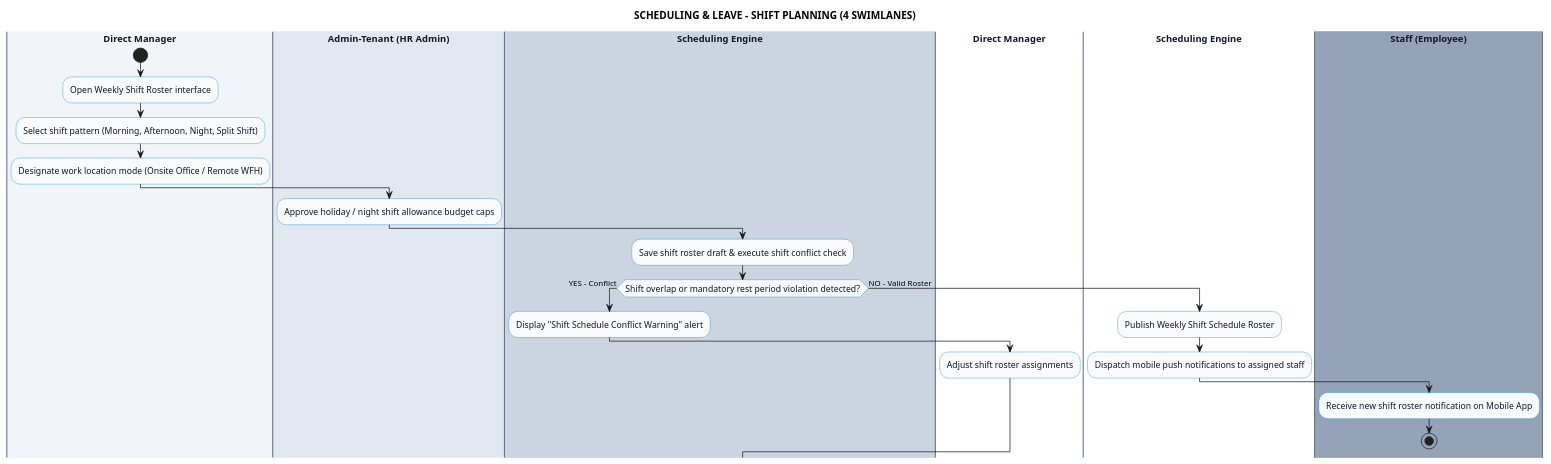
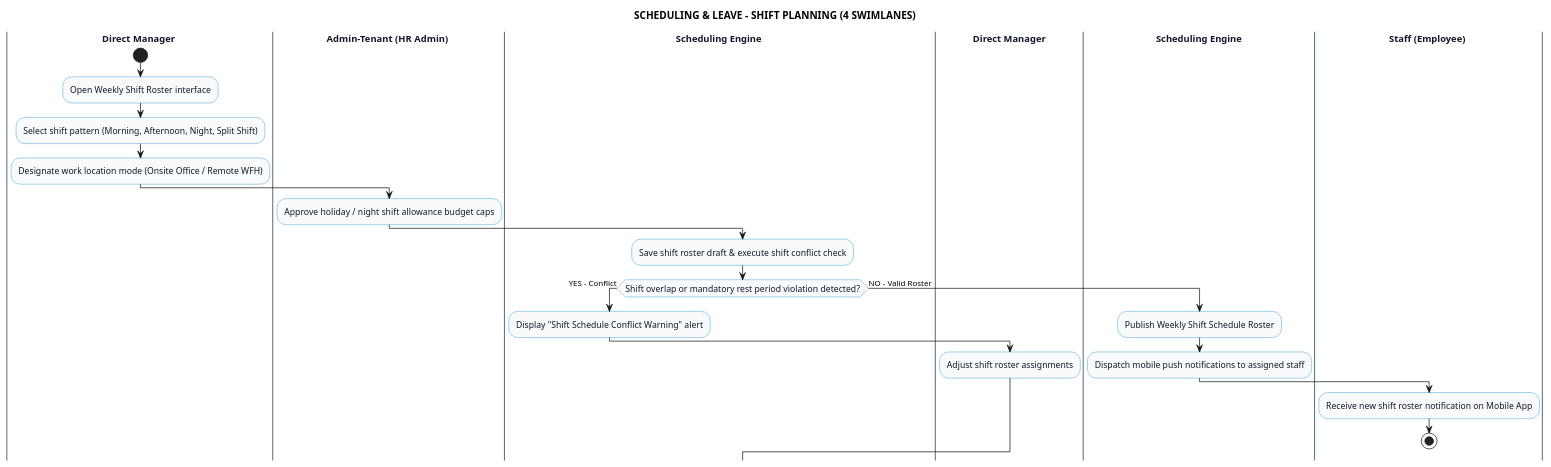
One commit to Dikhang1112/Monitoring_HR changed the diagram in docs/swimlane/scheduling_leave/ShiftPlanningDiagram.md. Above: the diagram before and after it, drawn with PlantUML. The commit also changed other lines of this file and 47 other files, not shown here.

Commit message:
Refactor usecase diagram and swimlane

````diff
--- a/docs/swimlane/scheduling_leave/ShiftPlanningDiagram.md
+++ b/docs/swimlane/scheduling_leave/ShiftPlanningDiagram.md
@@ -9,52 +9,52 @@
 ```plantuml
 @startuml
 title SCHEDULING & LEAVE - SHIFT PLANNING (4 SWIMLANES)
 
 skinparam linetype ortho
 skinparam nodesep 60
 skinparam ranksep 80
 
 skinparam activity {
   BackgroundColor #f8fafc
   BorderColor #0284c7
   FontColor #0f172a
   FontSize 12
 }
 skinparam swimlane {
   BorderColor #64748b
   TitleFontColor #0f172a
   TitleFontSize 13
   TitleFontStyle bold
 }
 
 ' =====================================================
 ' 4 SWIMLANES DECLARATION
 ' =====================================================
-|#f1f5f9| Direct Manager |
+|Direct Manager |
 start
 :Open Weekly Shift Roster interface;
 :Select shift pattern (Morning, Afternoon, Night, Split Shift);
 :Designate work location mode (Onsite Office / Remote WFH);
 
-|#e2e8f0| Admin-Tenant (HR Admin) |
+|Admin-Tenant (HR Admin) |
 :Approve holiday / night shift allowance budget caps;
 
-|#cbd5e1| Scheduling Engine |
+|Scheduling Engine |
 :Save shift roster draft & execute shift conflict check;
 
 if (Shift overlap or mandatory rest period violation detected?) then (YES - Conflict)
   :Display "Shift Schedule Conflict Warning" alert;
   |Direct Manager|
   :Adjust shift roster assignments;
 else (NO - Valid Roster)
   |Scheduling Engine|
   :Publish Weekly Shift Schedule Roster;
   :Dispatch mobile push notifications to assigned staff;
 
-  |#94a3b8| Staff (Employee) |
+  |Staff (Employee) |
   :Receive new shift roster notification on Mobile App;
   stop
 endif
 
 @enduml
 ```
````
